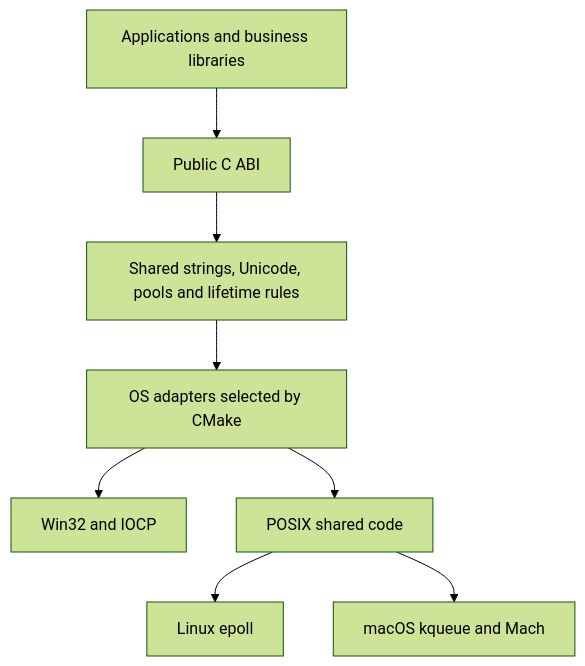
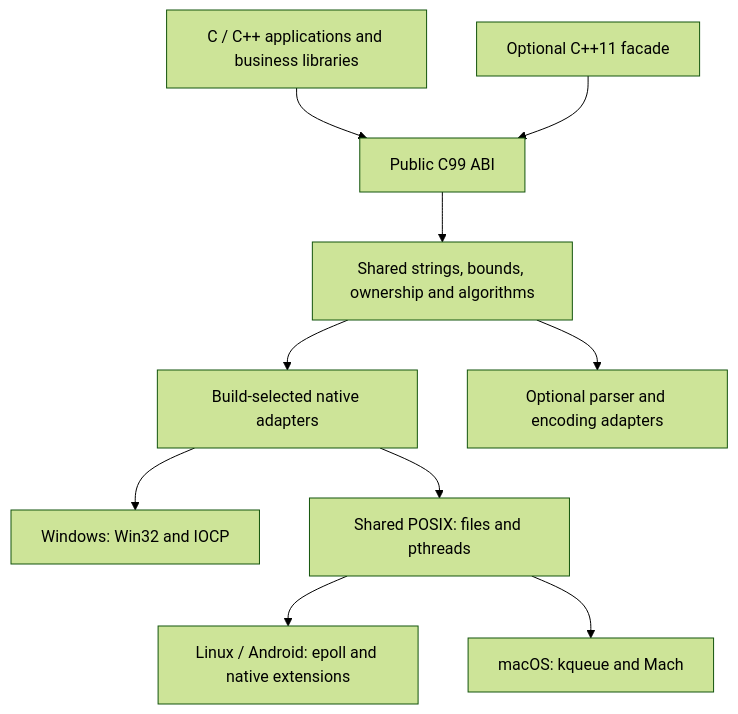
The first of 4 diagrams in README.md (HuangX666/hx_c_platform), drawn with Mermaid (forest theme) before and after one commit. The commit also changed other lines of this file and 1 other file, not shown here.

````diff
--- a/README.md
+++ b/README.md
@@ -316,10 +108,12 @@
-~~~mermaid
+```mermaid
 flowchart TD
-    A[Applications and business libraries] --> B[Public C ABI]
-    B --> C[Shared strings, Unicode, pools and lifetime rules]
-    C --> D[OS adapters selected by CMake]
-    D --> E[Win32 and IOCP]
-    D --> F[POSIX shared code]
-    F --> G[Linux epoll]
-    F --> H[macOS kqueue and Mach]
-~~~
+    A["C / C++ applications and business libraries"] --> B["Public C99 ABI"]
+    C["Optional C++11 facade"] --> B
+    B --> D["Shared strings, bounds, ownership and algorithms"]
+    D --> E["Build-selected native adapters"]
+    E --> F["Windows: Win32 and IOCP"]
+    E --> G["Shared POSIX: files and pthreads"]
+    G --> H["Linux / Android: epoll and native extensions"]
+    G --> I["macOS: kqueue and Mach"]
+    D --> J["Optional parser and encoding adapters"]
+```
````
